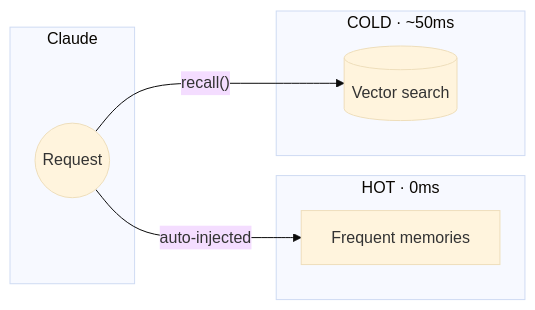
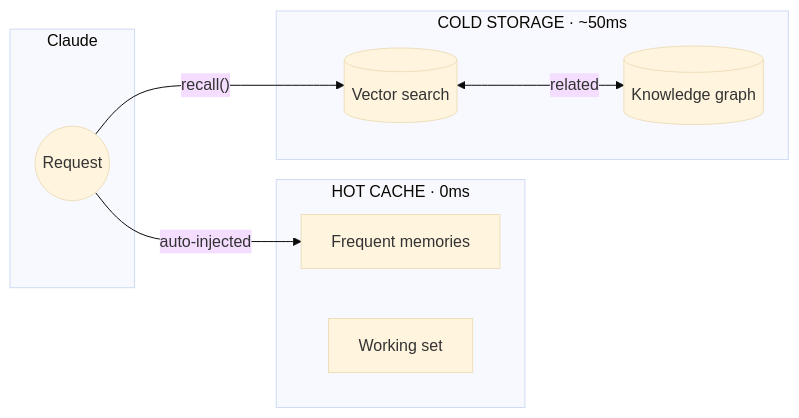
Before and after one commit to michael-denyer/memory-mcp: the diagram in README.md, drawn with Mermaid (base theme). The commit also changed other lines of this file, not shown here.

````diff
--- a/README.md
+++ b/README.md
@@ -60,17 +91,20 @@
 ```mermaid
 flowchart LR
     subgraph LLM["Claude"]
         REQ((Request))
     end
 
-    subgraph Hot["HOT · 0ms"]
+    subgraph Hot["HOT CACHE · 0ms"]
         HC[Frequent memories]
+        WS[Working set]
     end
 
-    subgraph Cold["COLD · ~50ms"]
+    subgraph Cold["COLD STORAGE · ~50ms"]
         VS[(Vector search)]
+        KG[(Knowledge graph)]
     end
 
     REQ -->|"auto-injected"| HC
     REQ -->|"recall()"| VS
+    VS <-->|"related"| KG
 ```
````
